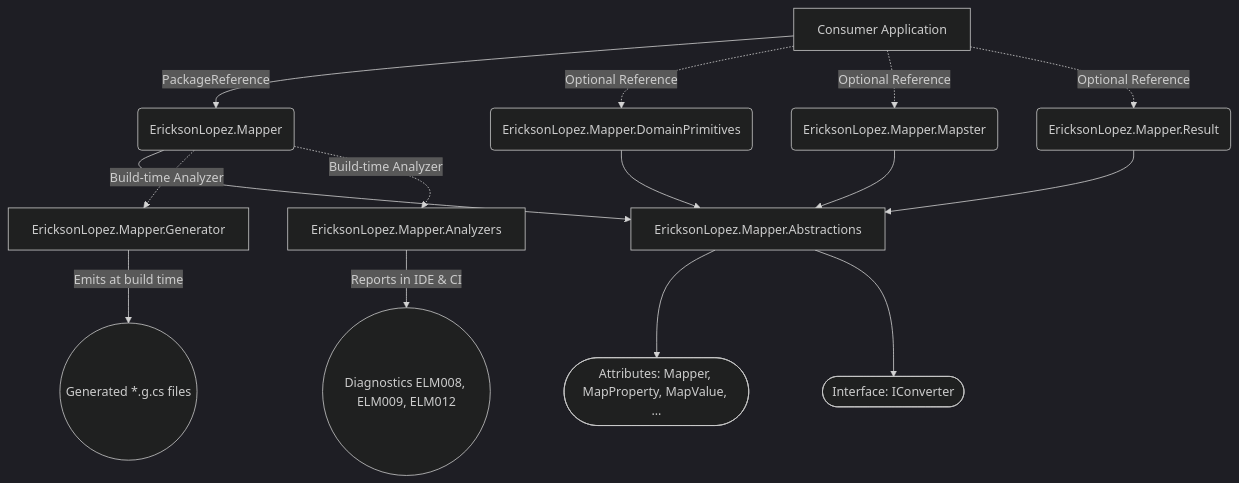
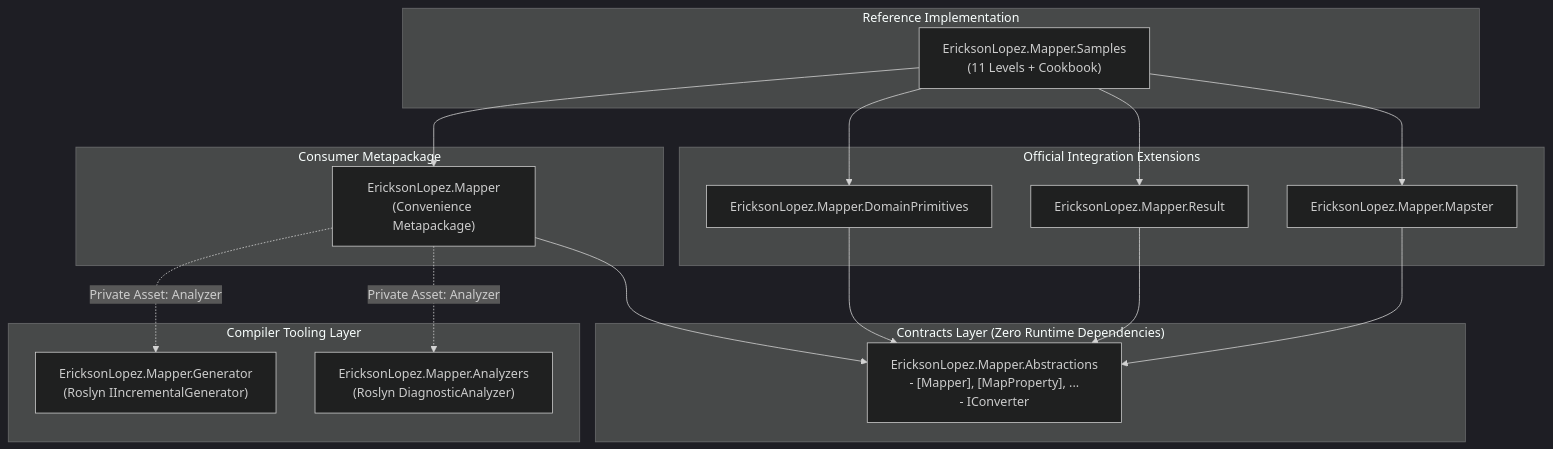
One commit to ericksonlopezf/dotnet-mapper changed the fifth of 8 diagrams in docs/diagrams.md. Above: the diagram before and after it, drawn with Mermaid (dark theme). The commit also changed other lines of this file and 310 other files, not shown here.

Commit message:
feat!: harden generator diagnostics, polymorphic cycle detection, and date conversions

````diff
--- a/docs/diagrams.md
+++ b/docs/diagrams.md
@@ -39,21 +148,38 @@
 ```mermaid
 graph TD
-    App[Consumer Application] -->|PackageReference| CORE(EricksonLopez.Mapper)
-    App -.->|Optional Reference| DP(EricksonLopez.Mapper.DomainPrimitives)
-    App -.->|Optional Reference| MAP(EricksonLopez.Mapper.Mapster)
-    App -.->|Optional Reference| RES(EricksonLopez.Mapper.Result)
+    subgraph AbstractionsLayer["Contracts Layer (Zero Runtime Dependencies)"]
+        ABS["EricksonLopez.Mapper.Abstractions\n- [Mapper], [MapProperty], ...\n- IConverter<T, D>"]
+    end
 
-    CORE --> ABS[EricksonLopez.Mapper.Abstractions]
-    CORE -.->|Build-time Analyzer| GEN[EricksonLopez.Mapper.Generator]
-    CORE -.->|Build-time Analyzer| ANA[EricksonLopez.Mapper.Analyzers]
+    subgraph ToolingLayer["Compiler Tooling Layer"]
+        GEN["EricksonLopez.Mapper.Generator\n(Roslyn IIncrementalGenerator)"]
+        ANA["EricksonLopez.Mapper.Analyzers\n(Roslyn DiagnosticAnalyzer)"]
+    end
+
+    subgraph MetapackageLayer["Consumer Metapackage"]
+        MAPPER["EricksonLopez.Mapper\n(Convenience Metapackage)"]
+    end
+
+    subgraph ExtensionsLayer["Official Integration Extensions"]
+        DP["EricksonLopez.Mapper.DomainPrimitives"]
+        RES["EricksonLopez.Mapper.Result"]
+        MP["EricksonLopez.Mapper.Mapster"]
+    end
+
+    subgraph SamplesLayer["Reference Implementation"]
+        SHOWCASE["EricksonLopez.Mapper.Samples\n(11 Levels + Cookbook)"]
+    end
+
+    MAPPER --> ABS
+    MAPPER -.->|Private Asset: Analyzer| GEN
+    MAPPER -.->|Private Asset: Analyzer| ANA
 
     DP --> ABS
-    MAP --> ABS
     RES --> ABS
+    MP --> ABS
 
-    ABS --> ATTR([Attributes: Mapper, MapProperty, MapValue, ...])
-    ABS --> ICONV([Interface: IConverter<TSource, TDestination>])
-
-    GEN -->|Emits at build time| OUT((Generated *.g.cs files))
-    ANA -->|Reports in IDE & CI| DIAG((Diagnostics ELM008, ELM009, ELM012))
+    SHOWCASE --> MAPPER
+    SHOWCASE --> DP
+    SHOWCASE --> RES
+    SHOWCASE --> MP
 ```
````
